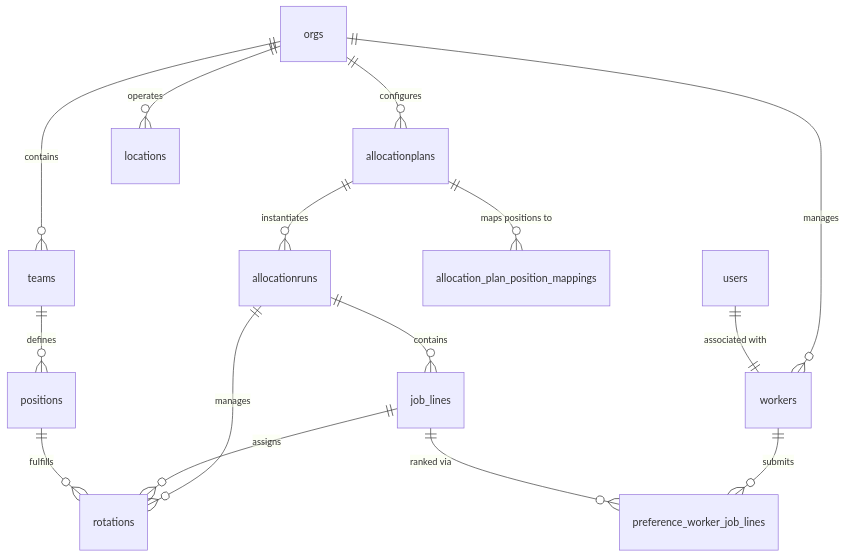
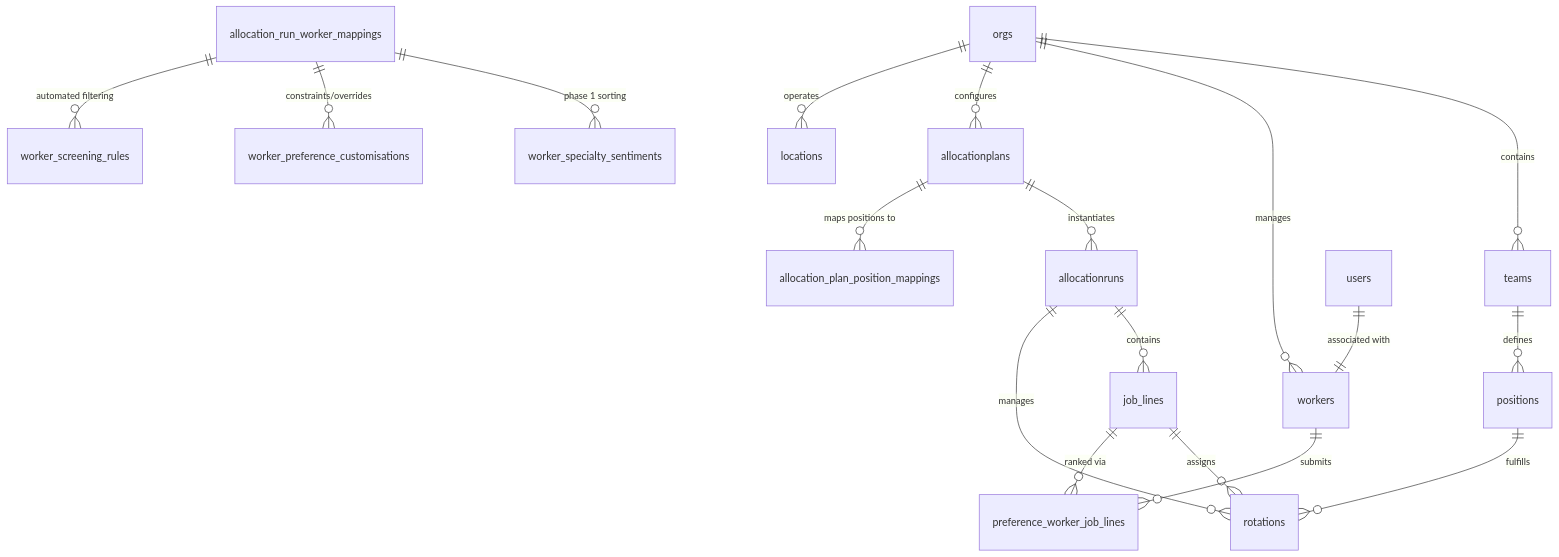
The diagram in docs/infrastructure/database/database-schema.md (dm-ra-01/doco-receptor-ecosystem), drawn with Mermaid before and after one commit. The commit also changed other lines of this file and 5 other files, not shown here.

Commit message:
docs: sync microservice spec with new schema changes (#2)

````diff
--- a/docs/infrastructure/database/database-schema.md
+++ b/docs/infrastructure/database/database-schema.md
@@ -7,17 +7,20 @@
 ```mermaid
 erDiagram
     orgs ||--o{ teams : "contains"
     orgs ||--o{ workers : "manages"
     orgs ||--o{ allocationplans : "configures"
     orgs ||--o{ locations : "operates"
     teams ||--o{ positions : "defines"
     allocationplans ||--o{ allocationruns : "instantiates"
     allocationplans ||--o{ allocation_plan_position_mappings : "maps positions to"
     allocationruns ||--o{ job_lines : "contains"
     allocationruns ||--o{ rotations : "manages"
     job_lines ||--o{ rotations : "assigns"
     positions ||--o{ rotations : "fulfills"
     workers ||--o{ preference_worker_job_lines : "submits"
     job_lines ||--o{ preference_worker_job_lines : "ranked via"
+    allocation_run_worker_mappings ||--o{ worker_specialty_sentiments : "phase 1 sorting"
+    allocation_run_worker_mappings ||--o{ worker_preference_customisations : "constraints/overrides"
+    allocation_run_worker_mappings ||--o{ worker_screening_rules : "automated filtering"
     users ||--|| workers : "associated with"
 ```
````
